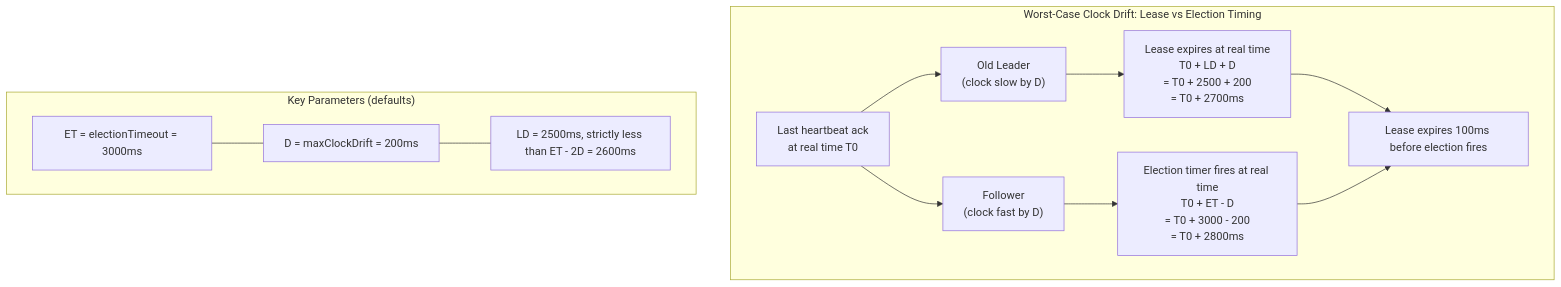
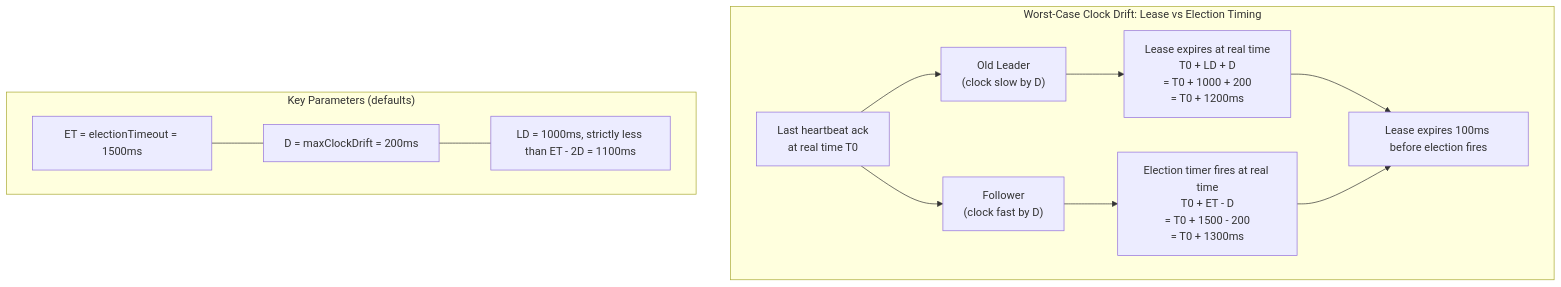
The fifth of 16 diagrams in RAFT_REGION_REPLICAS.md (apurtell/hbase), drawn with Mermaid before and after one commit. The commit also changed other lines of this file and 6 other files, not shown here.

````diff
--- a/RAFT_REGION_REPLICAS.md
+++ b/RAFT_REGION_REPLICAS.md
@@ -476,19 +460,19 @@
 ```mermaid
 flowchart TD
     subgraph drift ["Worst-Case Clock Drift: Lease vs Election Timing"]
         HB["Last heartbeat ack<br/>at real time T0"]
         HB --> LP["Old Leader<br/>(clock slow by D)"]
         HB --> FP["Follower<br/>(clock fast by D)"]
-        LP --> LE["Lease expires at real time<br/>T0 + LD + D<br/>= T0 + 2500 + 200<br/>= T0 + 2700ms"]
-        FP --> FE["Election timer fires at real time<br/>T0 + ET - D<br/>= T0 + 3000 - 200<br/>= T0 + 2800ms"]
+        LP --> LE["Lease expires at real time<br/>T0 + LD + D<br/>= T0 + 1000 + 200<br/>= T0 + 1200ms"]
+        FP --> FE["Election timer fires at real time<br/>T0 + ET - D<br/>= T0 + 1500 - 200<br/>= T0 + 1300ms"]
         LE --> Safe["Lease expires 100ms before election fires"]
         FE --> Safe
     end
 
     subgraph formula ["Key Parameters (defaults)"]
-        P1["ET = electionTimeout = 3000ms"]
+        P1["ET = electionTimeout = 1500ms"]
         P2["D = maxClockDrift = 200ms"]
-        P3["LD = 2500ms, strictly less than ET - 2D = 2600ms"]
+        P3["LD = 1000ms, strictly less than ET - 2D = 1100ms"]
         P1 --- P2 --- P3
     end
 ```
````
